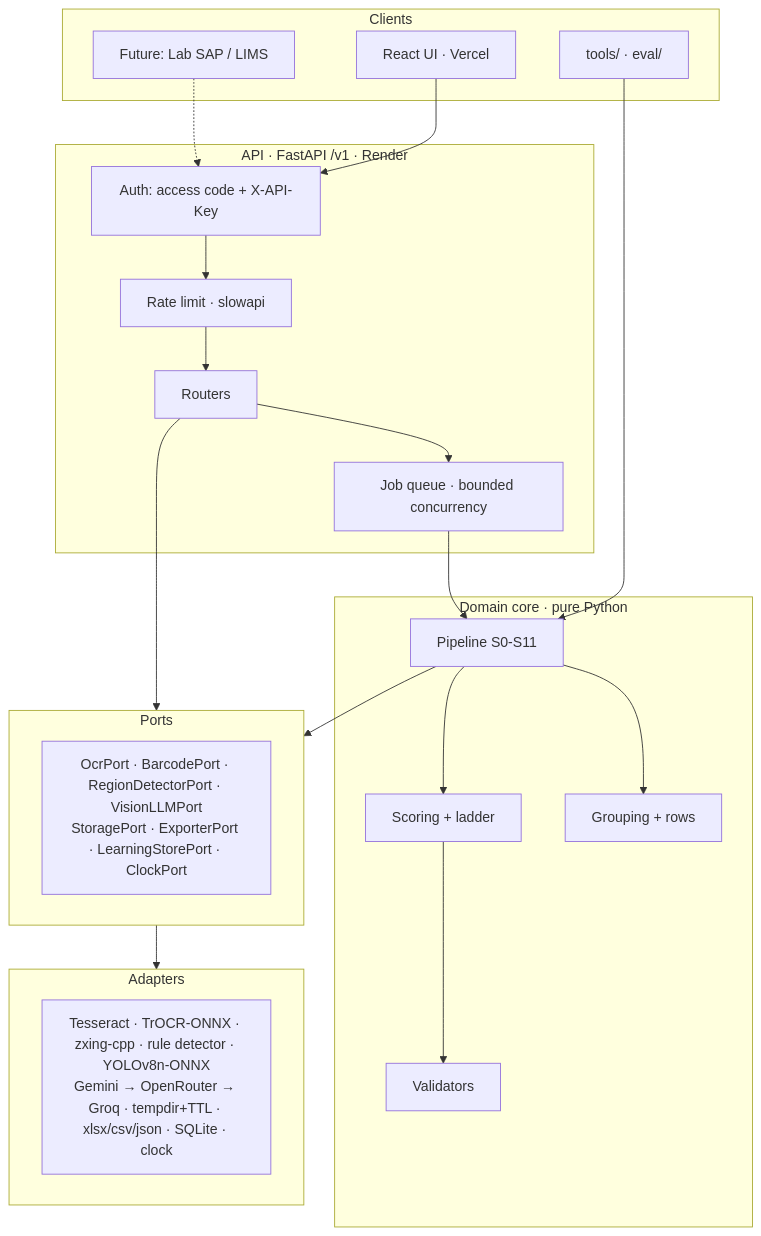
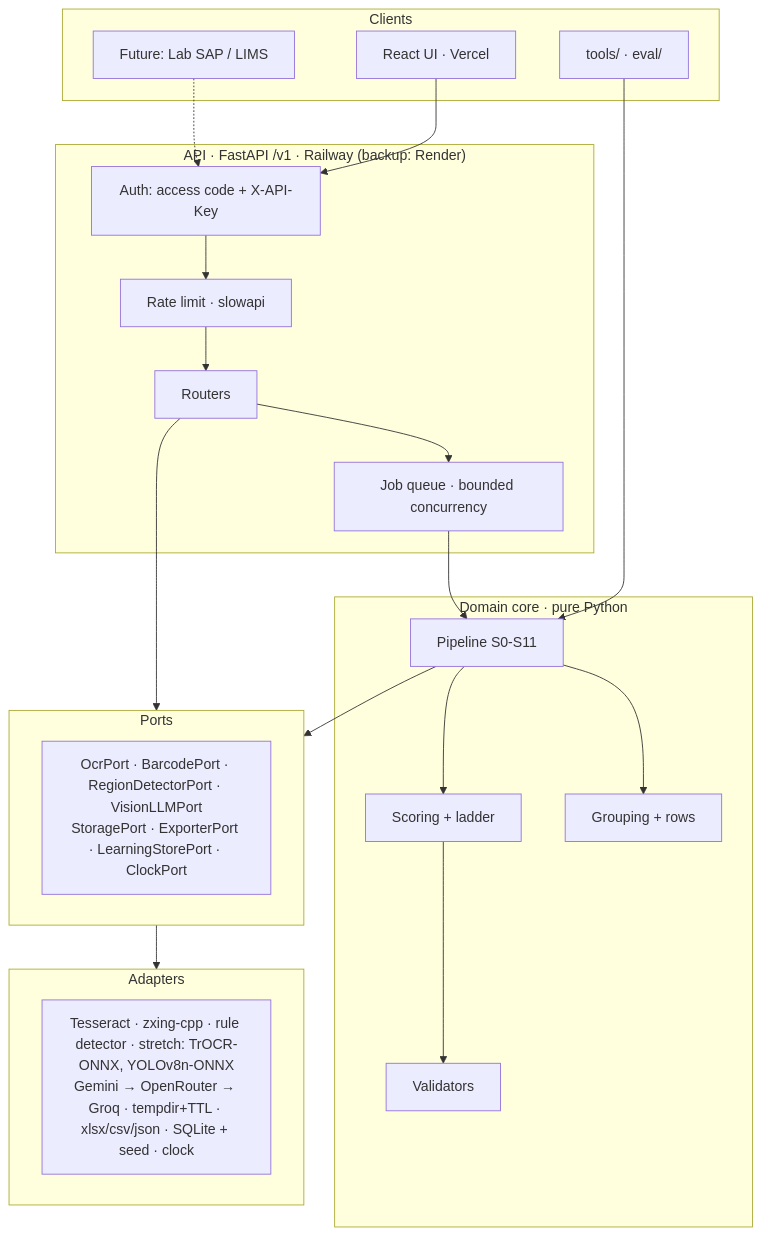
The first of 5 diagrams in docs/PLAN.md (ShiraDeveloper/ViroEngine), drawn with Mermaid before and after one commit. The commit also changed other lines of this file, not shown here.

````diff
--- a/docs/PLAN.md
+++ b/docs/PLAN.md
@@ -348,28 +350,28 @@
 ```mermaid
 flowchart TB
     subgraph CL["Clients"]
         UI["React UI · Vercel"]
         LAB["Future: Lab SAP / LIMS"]
         CLI["tools/ · eval/"]
     end
-    subgraph AP["API · FastAPI /v1 · Render"]
+    subgraph AP["API · FastAPI /v1 · Railway (backup: Render)"]
         AUTH["Auth: access code + X-API-Key"] --> RL["Rate limit · slowapi"]
         RL --> RT["Routers"] --> QUEUE["Job queue · bounded concurrency"]
     end
     subgraph CORE["Domain core · pure Python"]
         PIPE["Pipeline S0-S11"] --> SCORE["Scoring + ladder"] --> VAL["Validators"]
         PIPE --> ROWS["Grouping + rows"]
     end
     subgraph PORTS["Ports"]
         P["OcrPort · BarcodePort · RegionDetectorPort · VisionLLMPort<br/>StoragePort · ExporterPort · LearningStorePort · ClockPort"]
     end
     subgraph AD["Adapters"]
-        A["Tesseract · TrOCR-ONNX · zxing-cpp · rule detector · YOLOv8n-ONNX<br/>Gemini → OpenRouter → Groq · tempdir+TTL · xlsx/csv/json · SQLite · clock"]
+        A["Tesseract · zxing-cpp · rule detector · stretch: TrOCR-ONNX, YOLOv8n-ONNX<br/>Gemini → OpenRouter → Groq · tempdir+TTL · xlsx/csv/json · SQLite + seed · clock"]
     end
     UI --> AUTH
     LAB -.-> AUTH
     CLI --> PIPE
     QUEUE --> PIPE
     PIPE --> PORTS --> AD
     RT --> PORTS
 ```
````
